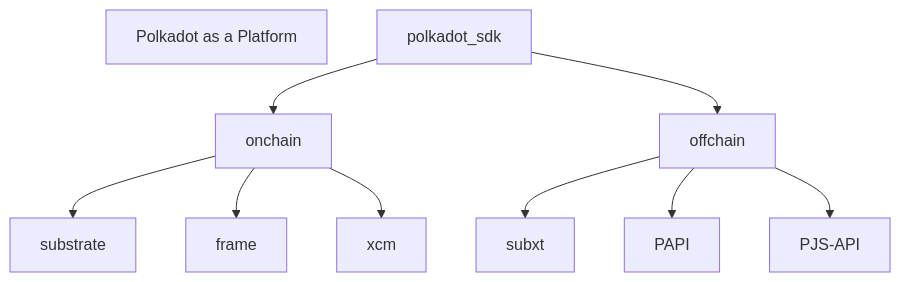
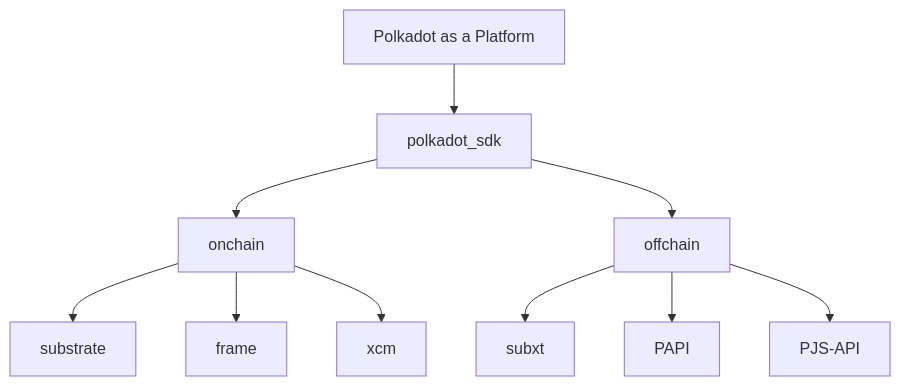
One commit to kianenigma/kianenigma.github.io changed the diagram in src/site/notes/Posts/Tech/On Documenting polkadot-sdk.md. Above: the diagram before and after it, drawn with Mermaid. The commit also changed other lines of this file, not shown here.

Commit message:
Update content src/site/notes/Posts/Tech/On Documenting polkadot-sdk.md

````diff
--- a/src/site/notes/Posts/Tech/On Documenting polkadot-sdk.md
+++ b/src/site/notes/Posts/Tech/On Documenting polkadot-sdk.md
@@ -14,12 +14,12 @@
 ```mermaid
 flowchart
-	polkadot[Polkadot as a Platform]
+	polkadot[Polkadot as a Platform] --> polkadot_sdk
 	polkadot_sdk --> onchain
 	polkadot_sdk --> offchain 
 	onchain --> substrate
 	onchain --> frame
 	onchain --> xcm
 	offchain --> subxt
 	offchain --> PAPI
 	offchain --> PJS-API
 ```
````
